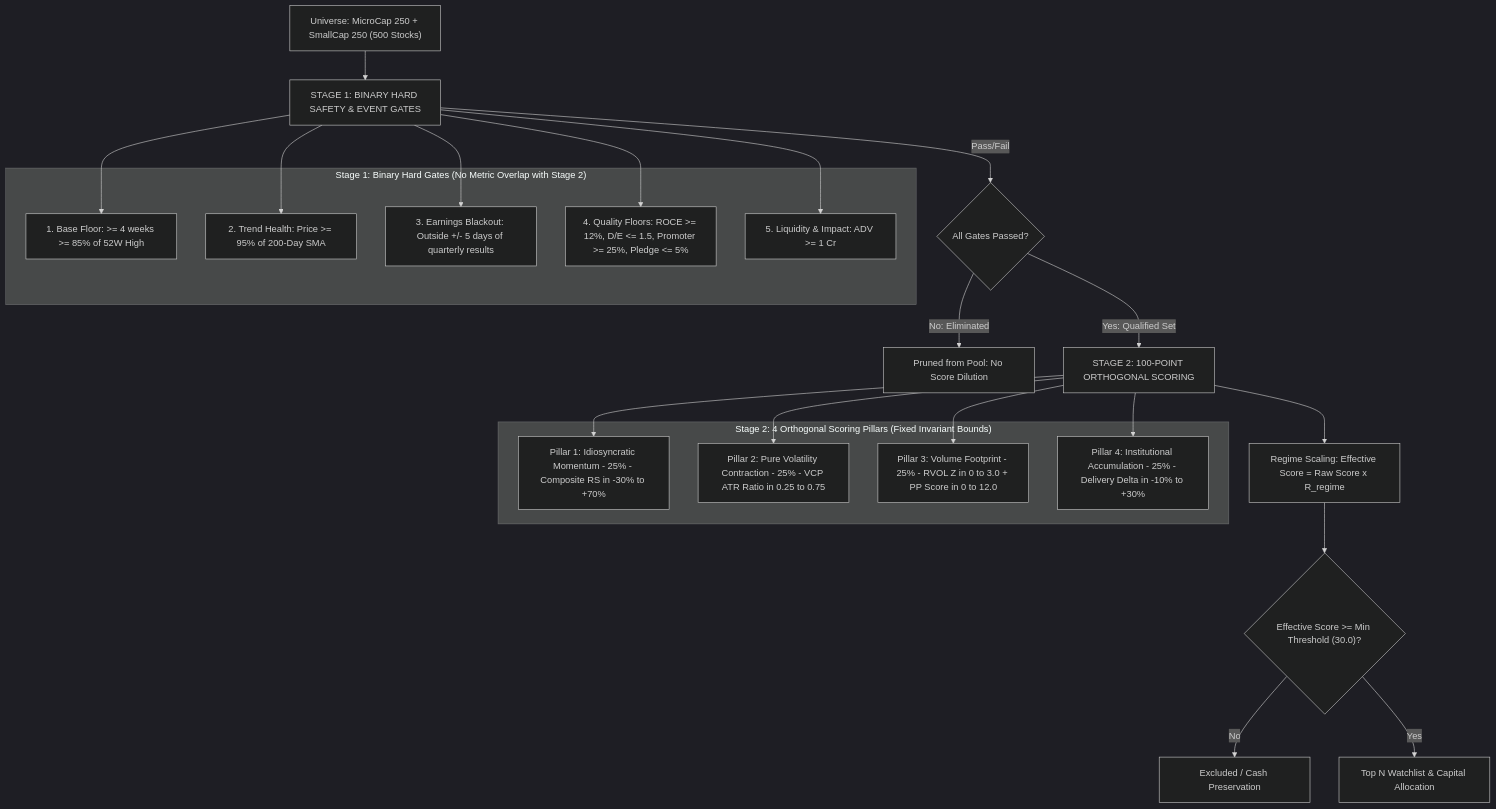
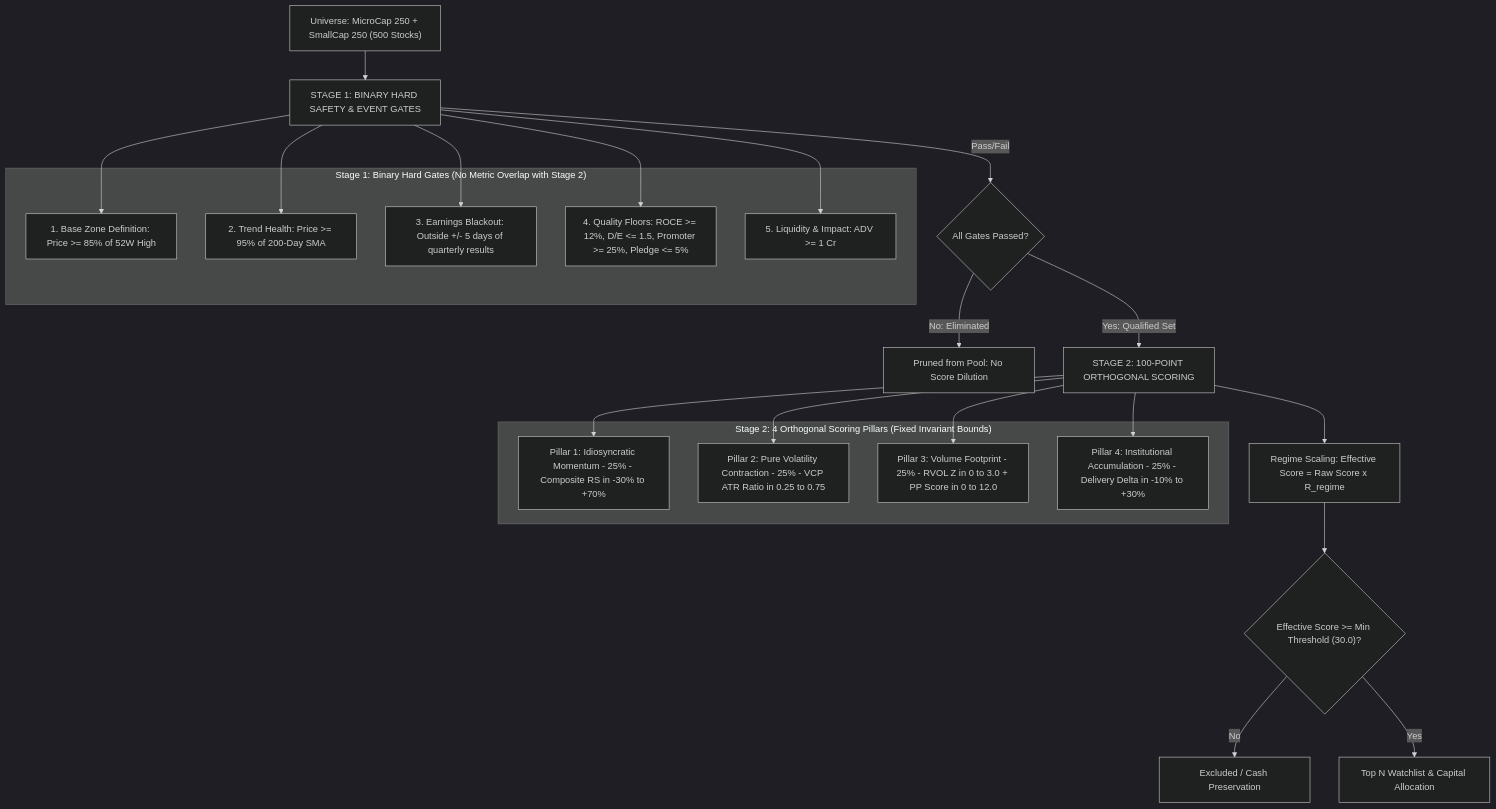
Before and after one commit to raghavkgarg/mycase: the first of 2 diagrams in docs/earlyMB.md, drawn with Mermaid (dark theme). The commit also changed other lines of this file and 24 other files, not shown here.

````diff
--- a/docs/earlyMB.md
+++ b/docs/earlyMB.md
@@ -14,37 +14,37 @@
 ```mermaid
 graph TD
     A["Universe: MicroCap 250 + SmallCap 250 (500 Stocks)"] --> B["STAGE 1: BINARY HARD SAFETY & EVENT GATES"]
     B -->|Pass/Fail| C{"All Gates Passed?"}
     C -->|No: Eliminated| D["Pruned from Pool: No Score Dilution"]
     C -->|Yes: Qualified Set| E["STAGE 2: 100-POINT ORTHOGONAL SCORING"]
     E --> F["Regime Scaling: Effective Score = Raw Score x R_regime"]
     F --> G{"Effective Score >= Min Threshold (30.0)?"}
     G -->|No| H["Excluded / Cash Preservation"]
     G -->|Yes| I["Top N Watchlist & Capital Allocation"]
 
     subgraph "Stage 1: Binary Hard Gates (No Metric Overlap with Stage 2)"
-    B1["1. Base Floor: >= 4 weeks >= 85% of 52W High"]
+    B1["1. Base Zone Definition: Price >= 85% of 52W High"]
     B2["2. Trend Health: Price >= 95% of 200-Day SMA"]
     B3["3. Earnings Blackout: Outside +/- 5 days of quarterly results"]
     B4["4. Quality Floors: ROCE >= 12%, D/E <= 1.5, Promoter >= 25%, Pledge <= 5%"]
     B5["5. Liquidity & Impact: ADV >= 1 Cr"]
     end
 
     subgraph "Stage 2: 4 Orthogonal Scoring Pillars (Fixed Invariant Bounds)"
     E1["Pillar 1: Idiosyncratic Momentum - 25% - Composite RS in -30% to +70%"]
     E2["Pillar 2: Pure Volatility Contraction - 25% - VCP ATR Ratio in 0.25 to 0.75"]
     E3["Pillar 3: Volume Footprint - 25% - RVOL Z in 0 to 3.0 + PP Score in 0 to 12.0"]
     E4["Pillar 4: Institutional Accumulation - 25% - Delivery Delta in -10% to +30%"]
     end
 
     B --> B1
     B --> B2
     B --> B3
     B --> B4
     B --> B5
 
     E --> E1
     E --> E2
     E --> E3
     E --> E4
 ```
````
